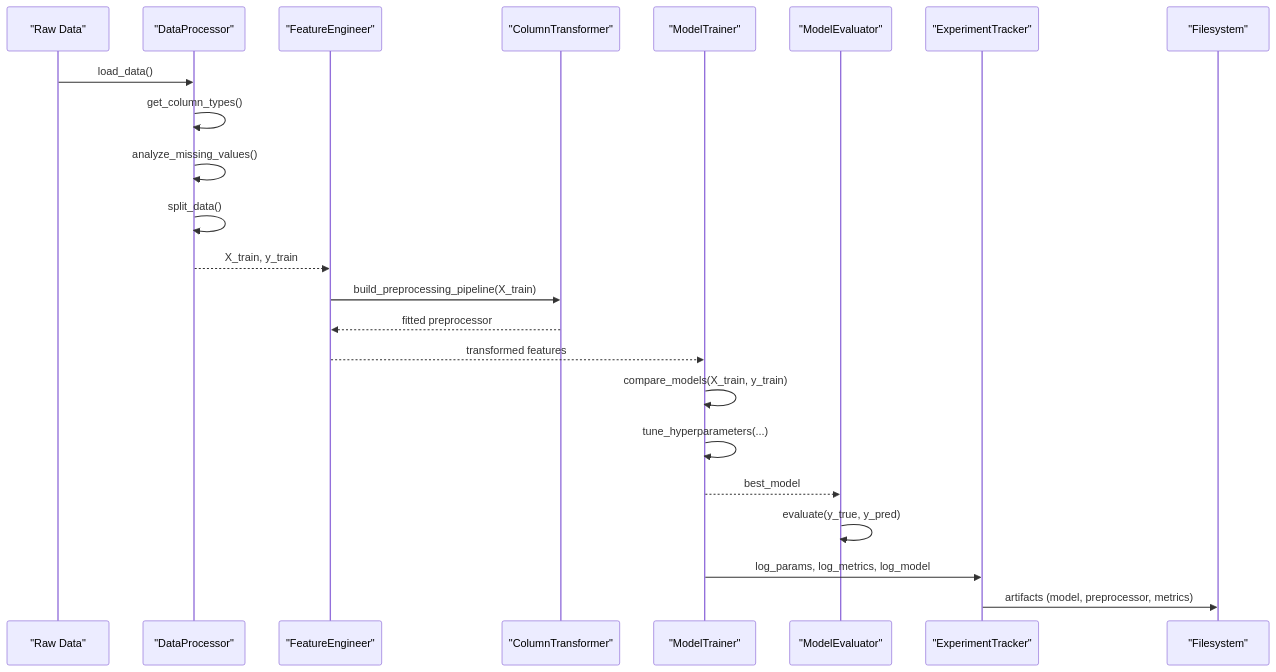
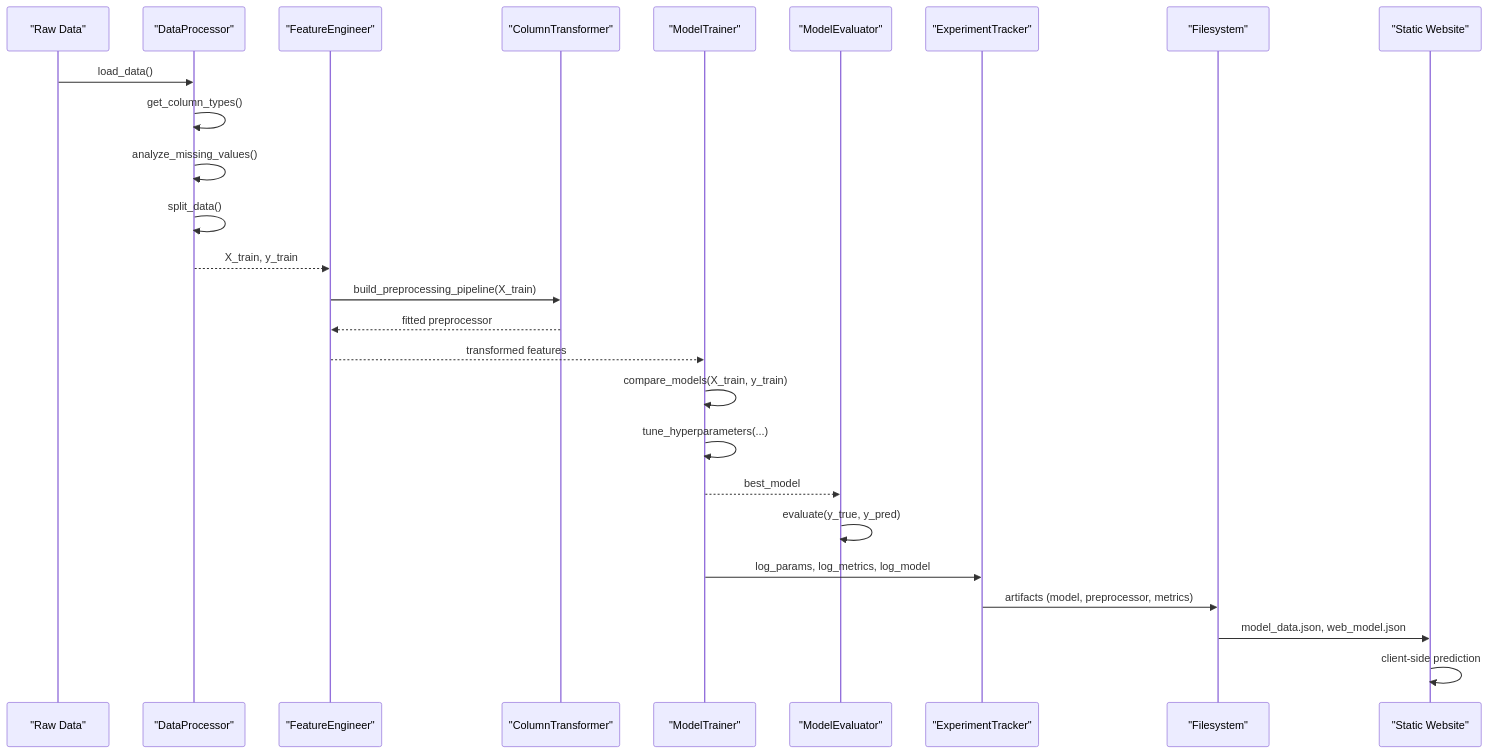
One commit to tashkirrr/housing-price-prediction changed the second of 10 diagrams in .qoder/repowiki/en/content/Machine Learning Pipeline/Machine Learning Pipeline.md. Above: the diagram before and after it, drawn with Mermaid. The commit also changed other lines of this file and 9 other files, not shown here.

First line of the commit message:
refactor(docs): restructure docs for static website deployment

````diff
--- a/.qoder/repowiki/en/content/Machine Learning Pipeline/Machine Learning Pipeline.md
+++ b/.qoder/repowiki/en/content/Machine Learning Pipeline/Machine Learning Pipeline.md
@@ -120,25 +136,28 @@
 ```mermaid
 sequenceDiagram
 participant Raw as "Raw Data"
 participant DP as "DataProcessor"
 participant FE as "FeatureEngineer"
 participant CT as "ColumnTransformer"
 participant MT as "ModelTrainer"
 participant ME as "ModelEvaluator"
 participant ET as "ExperimentTracker"
 participant FS as "Filesystem"
+participant STATIC as "Static Website"
 Raw->>DP : load_data()
 DP->>DP : get_column_types()
 DP->>DP : analyze_missing_values()
 DP->>DP : split_data()
 DP-->>FE : X_train, y_train
 FE->>CT : build_preprocessing_pipeline(X_train)
 CT-->>FE : fitted preprocessor
 FE-->>MT : transformed features
 MT->>MT : compare_models(X_train, y_train)
 MT->>MT : tune_hyperparameters(...)
 MT-->>ME : best_model
 ME->>ME : evaluate(y_true, y_pred)
 MT->>ET : log_params, log_metrics, log_model
 ET->>FS : artifacts (model, preprocessor, metrics)
+FS->>STATIC : model_data.json, web_model.json
+STATIC->>STATIC : client-side prediction
 ```
````
